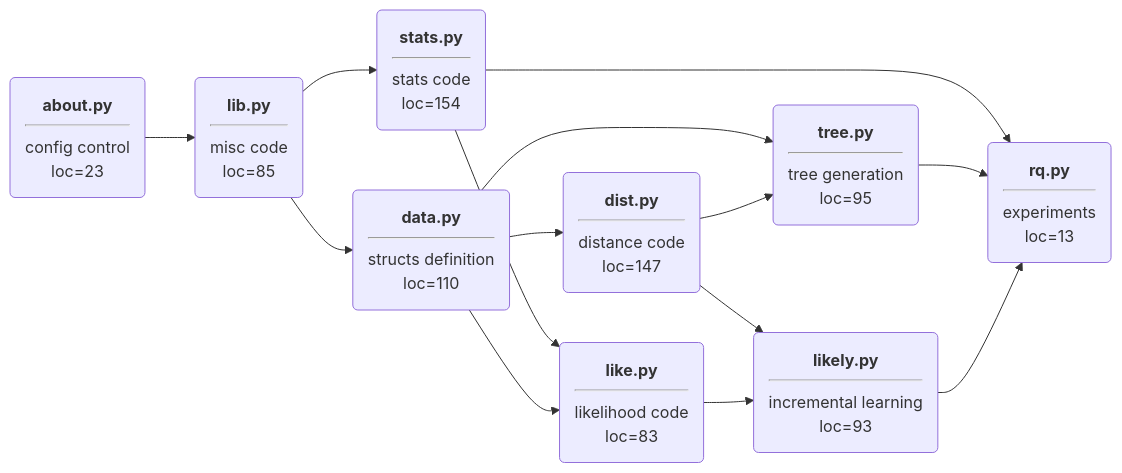
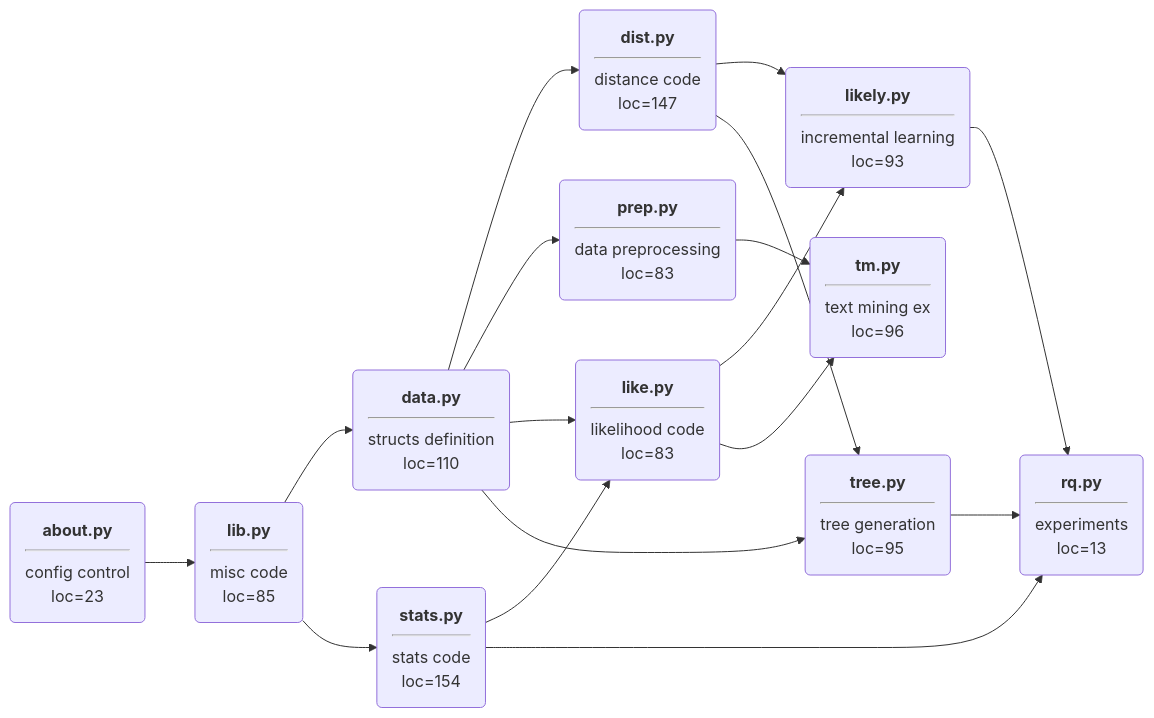
One commit to timm/ezr changed the diagram in ezr/README.md. Above: the diagram before and after it, drawn with Mermaid.

Commit message:
adding changed to mermaid diagram

````diff
--- a/ezr/README.md
+++ b/ezr/README.md
@@ -3,26 +3,31 @@
 ```mermaid
 graph LR;
 lib(<b>lib.py</b><hr>misc code<br>loc=85);
 about(<b>about.py</b><hr>config control<br>loc=23);
 data(<b>data.py</b><hr>structs definition<br>loc=110)
 dist(<b>dist.py</b><hr>distance code<br>loc=147);
 like(<b>like.py</b><hr>likelihood code<br>loc=83);
 likely(<b>likely.py</b><hr>incremental learning<br>loc=93);
+prep(<b>prep.py</b><hr>data preprocessing<br>loc=83);
+tm(<b>tm.py</b><hr>text mining ex<br>loc=96);
 rq(<b>rq.py</b><hr>experiments<br>loc=13);
 stats(<b>stats.py</b><hr>stats code<br>loc=154);
 tree(<b>tree.py</b><hr>tree generation<br>loc=95);
 
 lib --> data;
 stats --> like;
 stats --> rq;
 data --> dist;
+data --> prep;
 about --> lib;
 data --> like;
 dist --> likely;
 like --> likely;
+like --> tm;
+prep --> tm;
 lib --> stats;
 data --> tree;
 dist --> tree;
 tree --> rq;
 likely --> rq;
 ```
````
